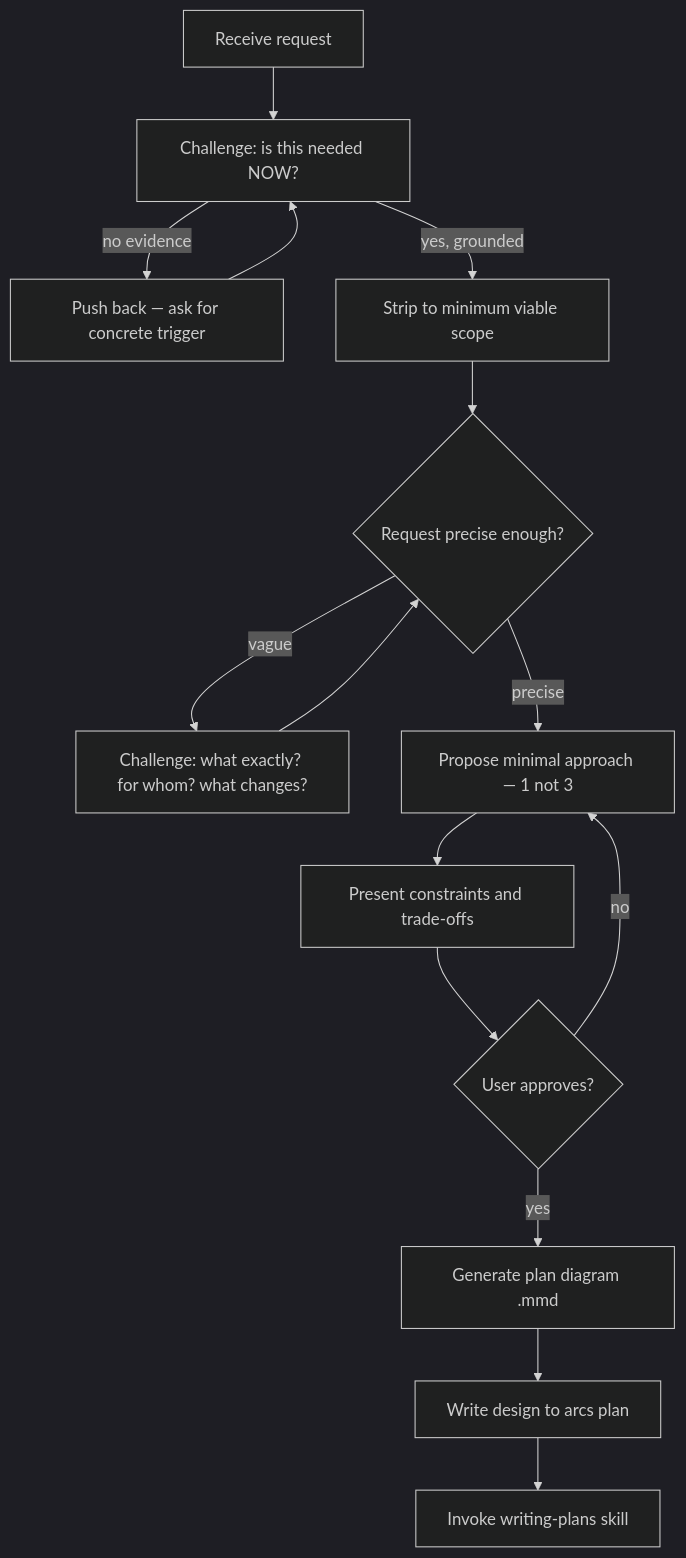
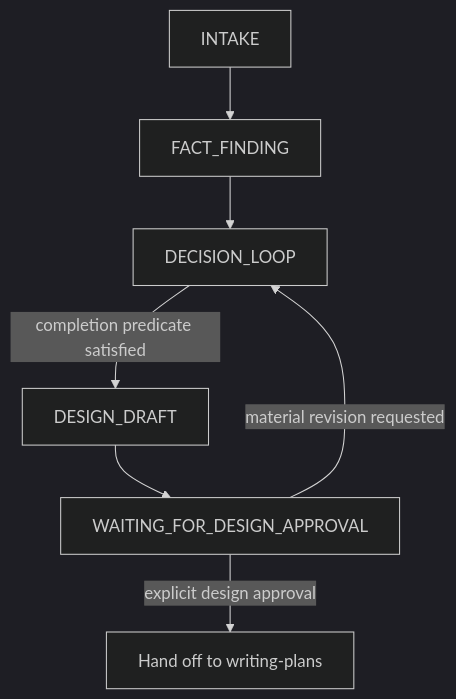
The diagram in opencode/arcs/skills/brainstorming/SKILL.md (rryando/arcs), drawn with Mermaid (dark theme) before and after one commit. The commit also changed other lines of this file and 70 other files, not shown here.

````diff
--- a/opencode/arcs/skills/brainstorming/SKILL.md
+++ b/opencode/arcs/skills/brainstorming/SKILL.md
@@ -26,17 +22,9 @@
 ```mermaid
 flowchart TD
-    A[Receive request] --> B[Challenge: is this needed NOW?]
-    B -->|no evidence| C[Push back — ask for concrete trigger]
-    B -->|yes, grounded| D[Strip to minimum viable scope]
-    C --> B
-    D --> E{Request precise enough?}
-    E -->|vague| F[Challenge: what exactly? for whom? what changes?]
-    E -->|precise| G[Propose minimal approach — 1 not 3]
-    F --> E
-    G --> H[Present constraints and trade-offs]
-    H --> I{User approves?}
-    I -->|no| G
-    I -->|yes| J[Generate plan diagram .mmd]
-    J --> K[Write design to arcs plan]
-    K --> L[Invoke writing-plans skill]
+    A[INTAKE] --> B[FACT_FINDING]
+    B --> C[DECISION_LOOP]
+    C -->|completion predicate satisfied| D[DESIGN_DRAFT]
+    D --> E[WAITING_FOR_DESIGN_APPROVAL]
+    E -->|material revision requested| C
+    E -->|explicit design approval| F[Hand off to writing-plans]
 ```
````
